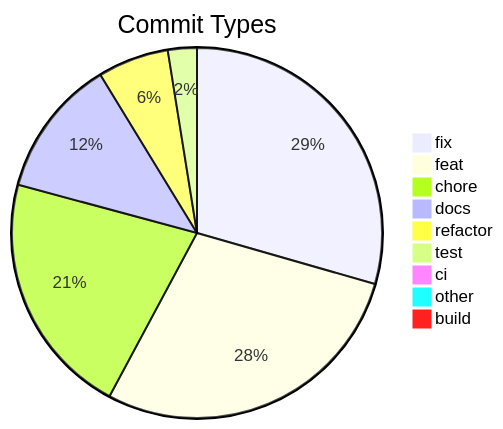
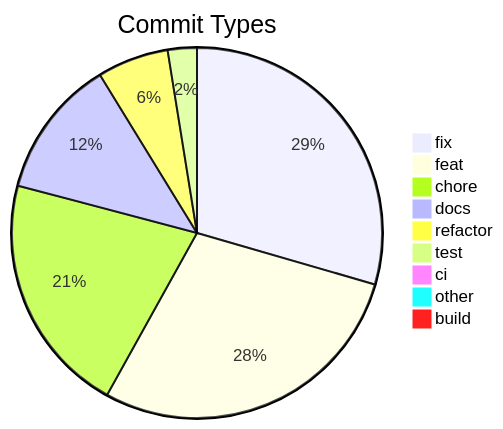
Before and after one commit to svenroth-ai/shipwright: the diagram in .shipwright/compliance/change-history.md, drawn with Mermaid. The commit also changed other lines of this file and 9 other files, not shown here.

````diff
--- a/.shipwright/compliance/change-history.md
+++ b/.shipwright/compliance/change-history.md
@@ -10,12 +10,12 @@
 ```mermaid
 pie title Commit Types
-    "fix" : 361
-    "feat" : 348
-    "chore" : 262
+    "fix" : 360
+    "feat" : 349
+    "chore" : 257
     "docs" : 148
     "refactor" : 76
     "test" : 31
     "ci" : 11
     "other" : 9
     "build" : 1
 ```
````
